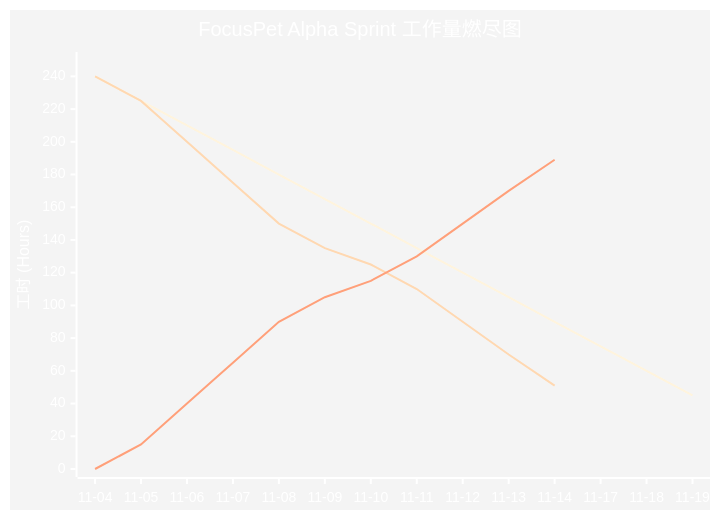
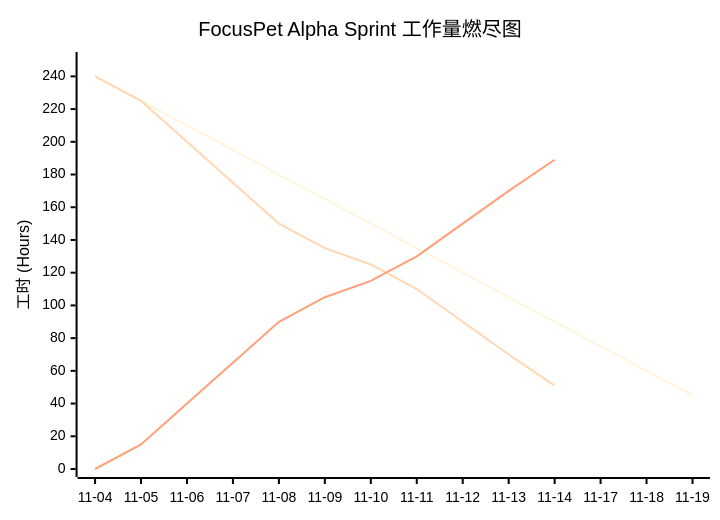
Before and after one commit to milkieTigera/milkieTigera.github.io: the diagram in _posts/2025-11-05-blog-post-11.md, drawn with Mermaid.

````diff
--- a/_posts/2025-11-05-blog-post-11.md
+++ b/_posts/2025-11-05-blog-post-11.md
@@ -67,10 +67,10 @@
 ```mermaid
-%%{init: {'theme':'base', 'themeVariables': { 'primaryColor':'#ba1010ff','primaryTextColor':'#fff','primaryBorderColor':'#7C0000','lineColor':'#c4870dff','secondaryColor':'#03ac03ff','tertiaryColor':'#fff'}}}%%
+%%{init: {'theme':'base', 'themeVariables': { 'primaryColor':'#2563eb','primaryTextColor':'#000','primaryBorderColor':'#1e40af','lineColor':'#dc2626','secondaryColor':'#16a34a','tertiaryColor':'#fff','background':'#fff','mainBkg':'#fff','textColor':'#000','fontSize':'14px'}}}%%
 xychart-beta
     title "FocusPet Alpha Sprint 工作量燃尽图"
     x-axis ["11-04", "11-05", "11-06", "11-07", "11-08", "11-09", "11-10", "11-11", "11-12", "11-13", "11-14", "11-17", "11-18", "11-19"]
     y-axis "工时 (Hours)" 0 --> 250
     line "预估剩余时间" [240, 225, 210, 195, 180, 165, 150, 135, 120, 105, 90, 75, 60, 45]
     line "实际剩余时间" [240, 225, 200, 175, 150, 135, 125, 110, 90, 70, 51]
     line "实际完成时间" [0, 15, 40, 65, 90, 105, 115, 130, 150, 170, 189]
 ```
````
